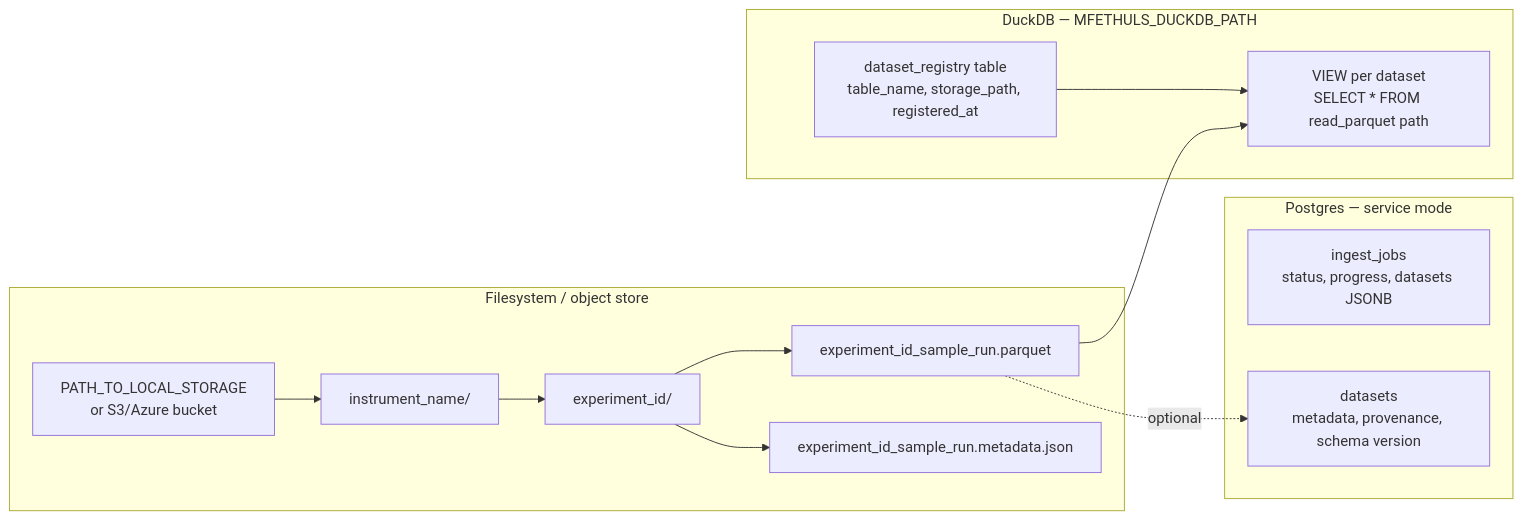
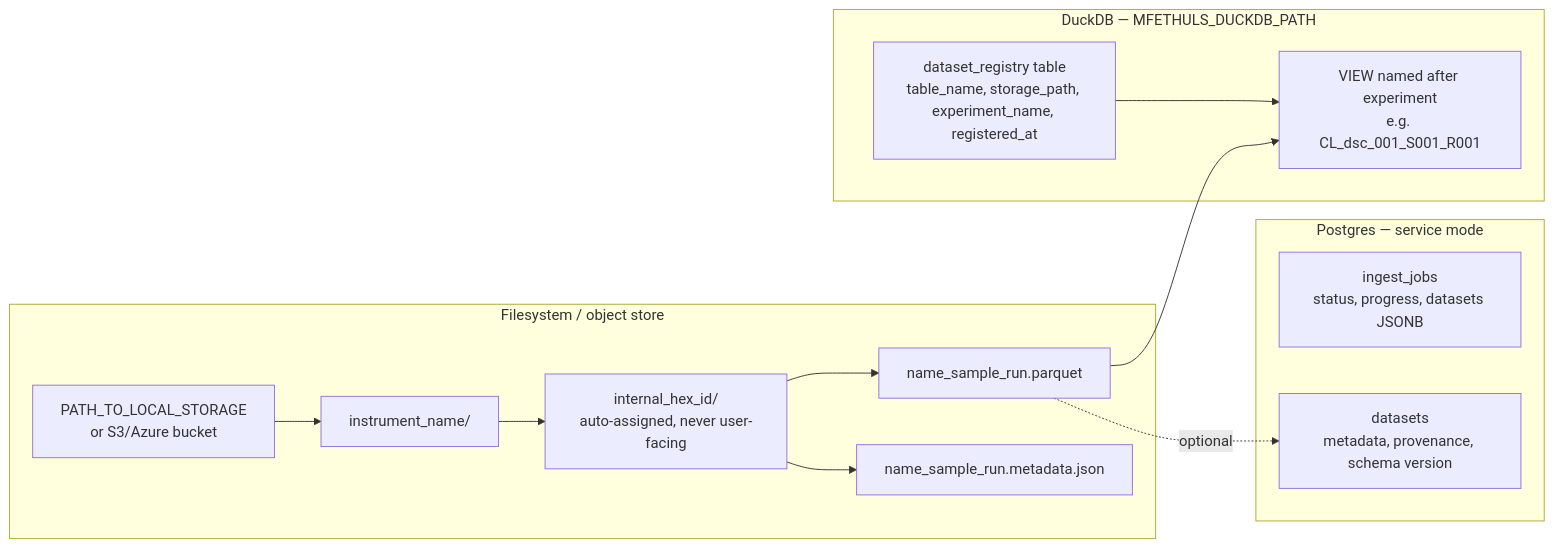
Before and after one commit to lucaAyt/mfethuls: the seventh of 8 diagrams in docs/architecture.md, drawn with Mermaid. The commit also changed other lines of this file and 36 other files, not shown here.

````diff
--- a/docs/architecture.md
+++ b/docs/architecture.md
@@ -238,24 +244,24 @@
 ```mermaid
 flowchart LR
   subgraph files [Filesystem / object store]
     ROOT[PATH_TO_LOCAL_STORAGE\nor S3/Azure bucket]
     ROOT --> I1[instrument_name/]
-    I1 --> E1[experiment_id/]
-    E1 --> P1["experiment_id_sample_run.parquet"]
-    E1 --> M1["experiment_id_sample_run.metadata.json"]
+    I1 --> E1[internal_hex_id/\nauto-assigned, never user-facing]
+    E1 --> P1["name_sample_run.parquet"]
+    E1 --> M1["name_sample_run.metadata.json"]
   end
 
   subgraph duckdb [DuckDB — MFETHULS_DUCKDB_PATH]
-    REGT[dataset_registry table\ntable_name, storage_path, registered_at]
-    V1[VIEW per dataset\nSELECT * FROM read_parquet path]
+    REGT[dataset_registry table\ntable_name, storage_path, experiment_name, registered_at]
+    V1["VIEW named after experiment\ne.g. CL_dsc_001_S001_R001"]
     REGT --> V1
   end
 
   subgraph postgres [Postgres — service mode]
     JOBS[ingest_jobs\nstatus, progress, datasets JSONB]
     DATASETS[datasets\nmetadata, provenance, schema version]
   end
 
   P1 --> V1
   P1 -.->|optional| DATASETS
 ```
````
